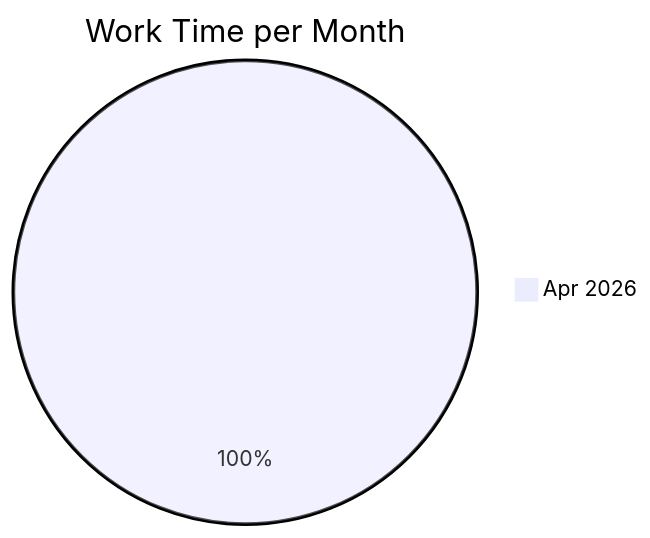
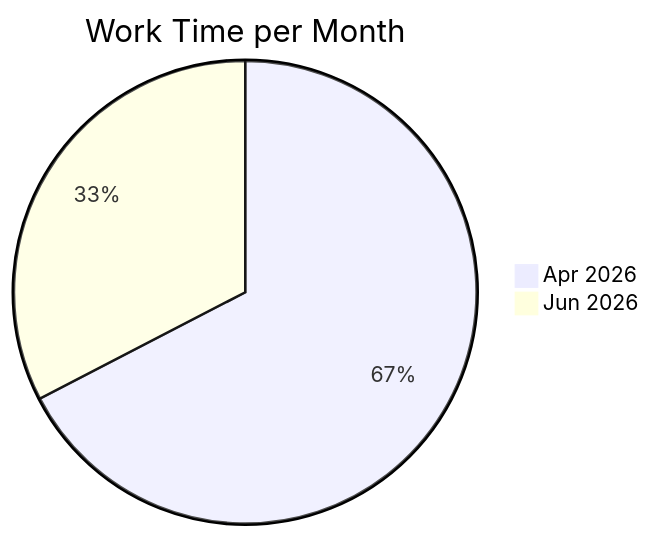
The diagram in README.md (notWetro/time-tracker), drawn with Mermaid before and after one commit. The commit also changed other lines of this file and 1 other file, not shown here.

````diff
--- a/README.md
+++ b/README.md
@@ -9,5 +10,6 @@
 ```mermaid
 pie
     title Work Time per Month
     "Apr 2026" : 3.1
+    "Jun 2026" : 1.5
 ```
````
